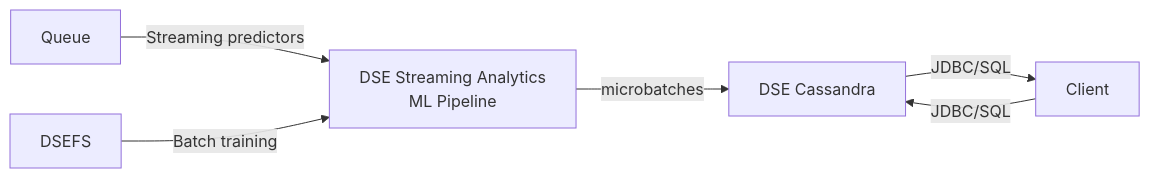
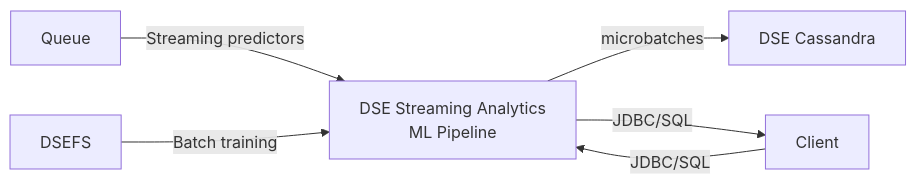
Before and after one commit to phact/streaming-ml-product-recommendation: the diagram in content/20_architecture/architecture.md, drawn with Mermaid. The commit also changed other lines of this file, not shown here.

Commit message:
fix architecture

```diff
--- a/content/20_architecture/architecture.md
+++ b/content/20_architecture/architecture.md
@@ -12,9 +12,9 @@
 {{< mermaid >}}
 graph LR
 C["Client"]
 A["Queue"]--"Streaming predictors"-->B["DSE Streaming Analytics <br/>ML Pipeline"]
 B--"microbatches"-->C["DSE Cassandra"]
-C--"JDBC/SQL"-->D["Client"]
-D--"JDBC/SQL"-->C
+B--"JDBC/SQL"-->D["Client"]
+D--"JDBC/SQL"-->B
 E["DSEFS"]--"Batch training"-->B
 {{< /mermaid >}}
```
